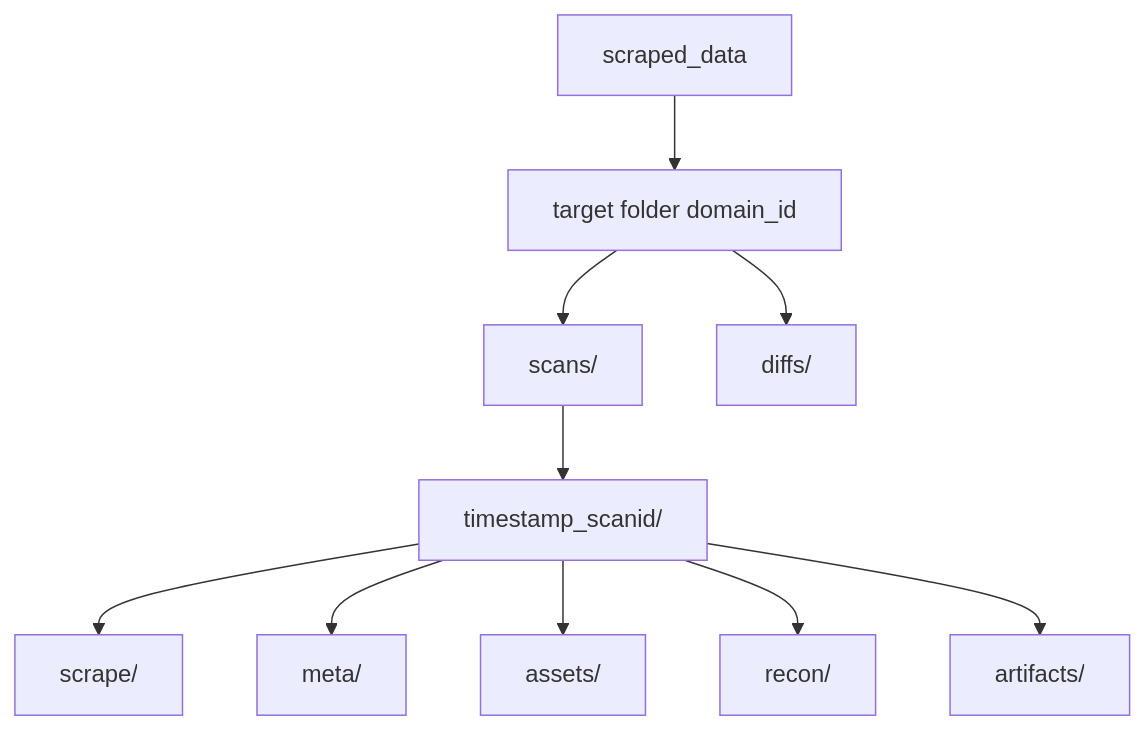
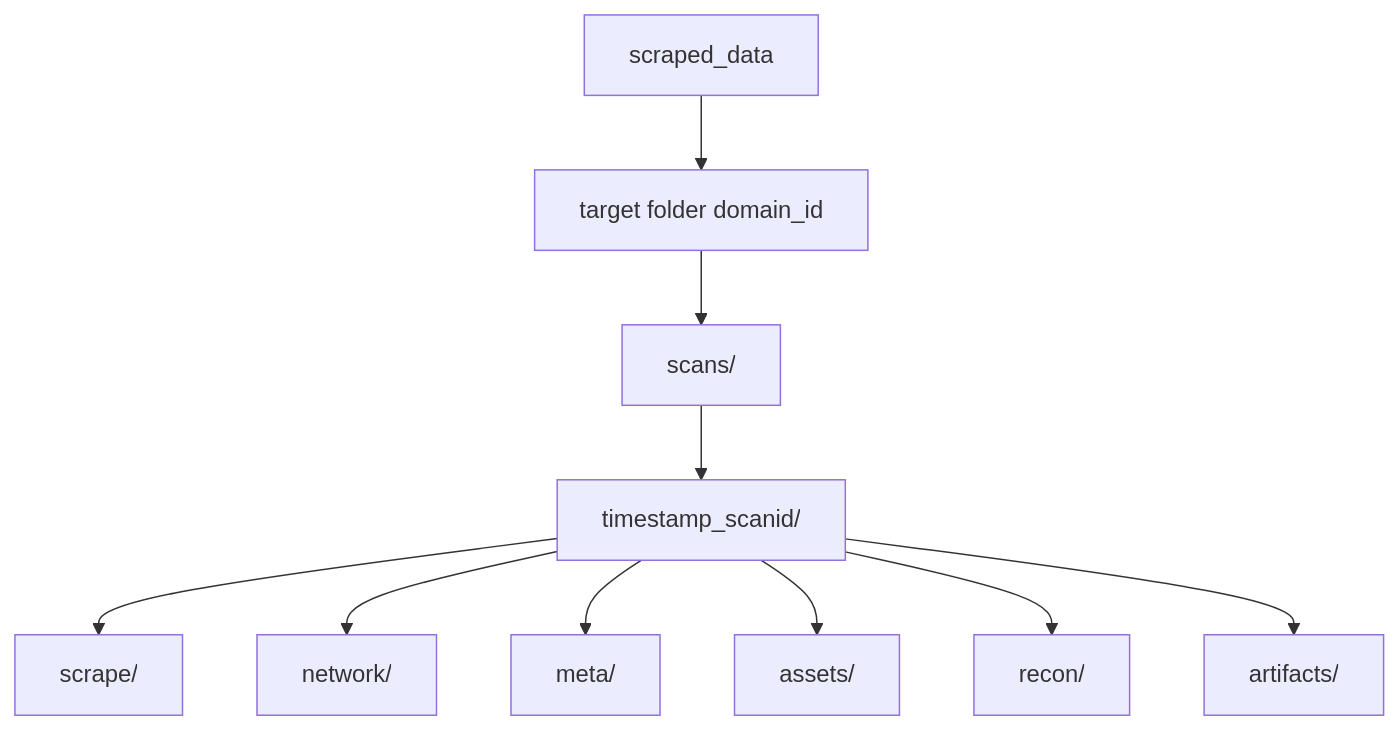
The third of 5 diagrams in docs/architecture/DATA.md (Shellghostt/WebVac), drawn with Mermaid before and after one commit. The commit also changed other lines of this file and 8 other files, not shown here.

First line of the commit message:
Colocate screenshots and network dumps under each scan session.

````diff
--- a/docs/architecture/DATA.md
+++ b/docs/architecture/DATA.md
@@ -62,12 +62,12 @@
 ```mermaid
 flowchart TB
   Root[scraped_data] --> Target["target folder domain_id"]
   Target --> Scans[scans/]
-  Target --> Diffs[diffs/]
   Scans --> Scan["timestamp_scanid/"]
   Scan --> Scrape[scrape/]
+  Scan --> Network[network/]
   Scan --> Meta[meta/]
   Scan --> Assets[assets/]
   Scan --> Recon[recon/]
   Scan --> Artifacts[artifacts/]
 ```
````
